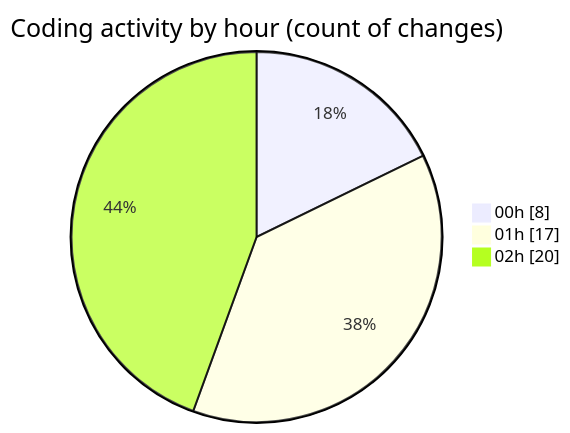
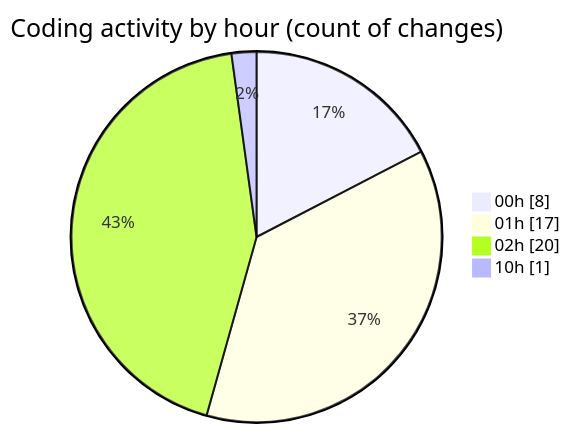
One commit to Elitesun/code-tracking changed the second of 2 diagrams in 2025-05-02/niten/README.md. Above: the diagram before and after it, drawn with Mermaid. The commit also changed other lines of this file and 1 other file, not shown here.

````diff
--- a/2025-05-02/niten/README.md
+++ b/2025-05-02/niten/README.md
@@ -45,7 +45,8 @@
 ```mermaid
 pie showData
 title Coding activity by hour (count of changes)
 "00h" : 8
 "01h" : 17
 "02h" : 20
+"10h" : 1
 ```
````
